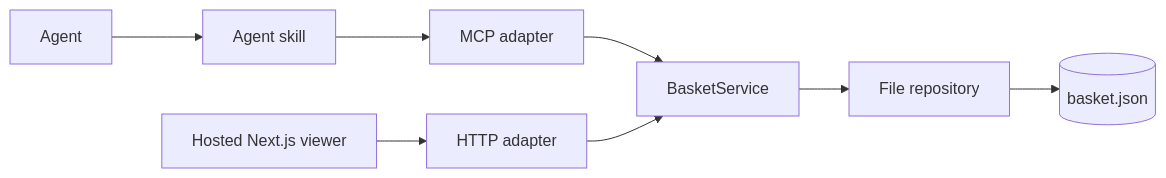
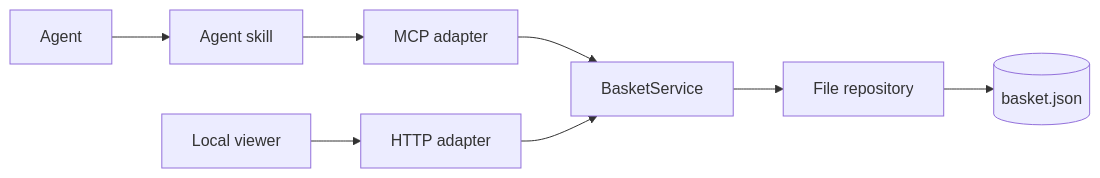
Before and after one commit to gordo-labs/mcpbasket: the diagram in docs/ARCHITECTURE.md, drawn with Mermaid. The commit also changed other lines of this file and 17 other files, not shown here.

````diff
--- a/docs/ARCHITECTURE.md
+++ b/docs/ARCHITECTURE.md
@@ -29,10 +29,10 @@
 ```mermaid
 flowchart LR
   A[Agent] --> S[Agent skill]
   S --> M[MCP adapter]
   M --> B[BasketService]
   H[HTTP adapter] --> B
   B --> R[File repository]
   R --> J[(basket.json)]
-  W[Hosted Next.js viewer] --> H
+  W[Local viewer] --> H
 ```
````
